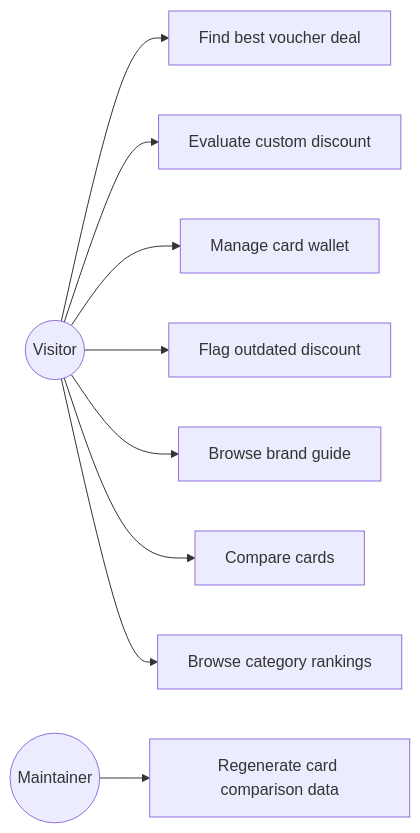
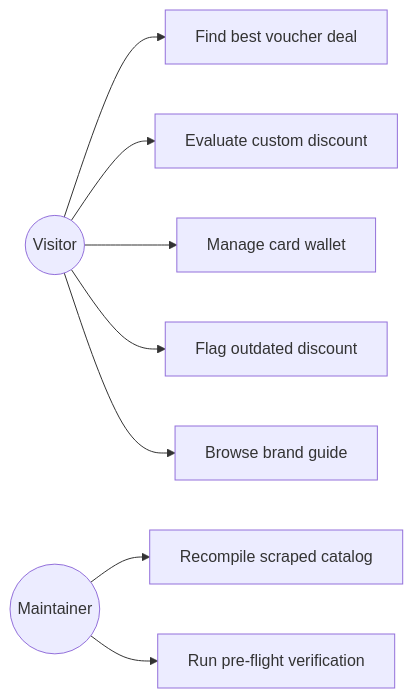
Before and after one commit to Ashwani07/voucher-discount-calculator: the tenth of 12 diagrams in docs/RepositoryArchitecture.md, drawn with Mermaid. The commit also changed other lines of this file and 5 other files, not shown here.

Commit message:
Refine voucher reward calculations and pipeline reliability. Improve Amazon/Axis portal handling, cap disclosures, custom calculations, and architecture documentation. Remove unused scraped card data and obsolete card-comparison references.

````diff
--- a/docs/RepositoryArchitecture.md
+++ b/docs/RepositoryArchitecture.md
@@ -305,13 +248,12 @@
 ```mermaid
 flowchart LR
     User((Visitor))
     Admin((Maintainer))
     User --> Find[Find best voucher deal]
     User --> Custom[Evaluate custom discount]
     User --> Wallet[Manage card wallet]
     User --> Flag[Flag outdated discount]
     User --> Browse[Browse brand guide]
-    User --> Compare[Compare cards]
-    User --> Discover[Browse category rankings]
-    Admin --> Generate[Regenerate card comparison data]
+    Admin --> Recompile[Recompile scraped catalog]
+    Admin --> Verify[Run pre-flight verification]
 ```
````
